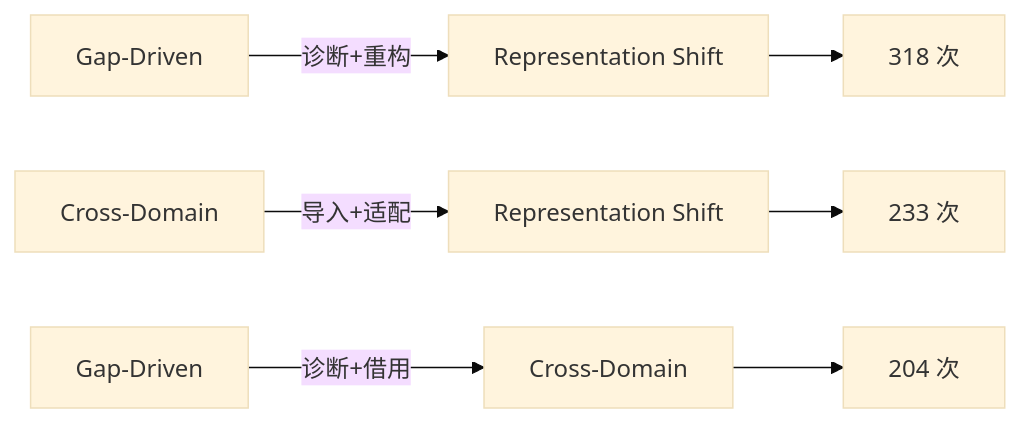
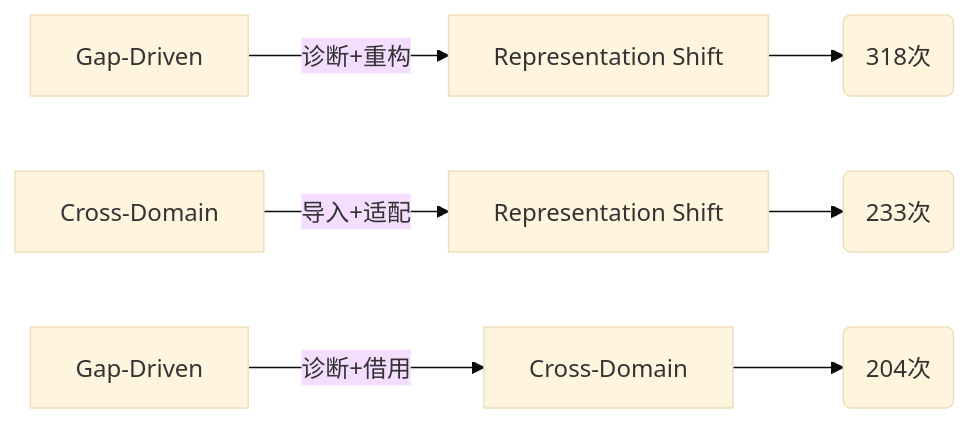
Before and after one commit to yiweinanzi/ai-research-ebook: the second of 2 diagrams in src/content/docs/idea/projects.mdx, drawn with Mermaid (base theme). The commit also changed other lines of this file and 12 other files, not shown here.

First line of the commit message:
fix: Mermaid diagrams - remove Chinese punctuation parsing issues

````diff
--- a/src/content/docs/idea/projects.mdx
+++ b/src/content/docs/idea/projects.mdx
@@ -77,11 +79,13 @@
 ```mermaid
 flowchart LR
     A[Gap-Driven] -->|诊断+重构| B[Representation Shift]
     C[Cross-Domain] -->|导入+适配| D[Representation Shift]
     E[Gap-Driven] -->|诊断+借用| F[Cross-Domain]
 
-    B --> G["318 次"]
-    D --> H["233 次"]
-    F --> I["204 次"]
+    B --> G("318次")
+    D --> H("233次")
+    F --> I("204次")
+
+
 
 ```
````
